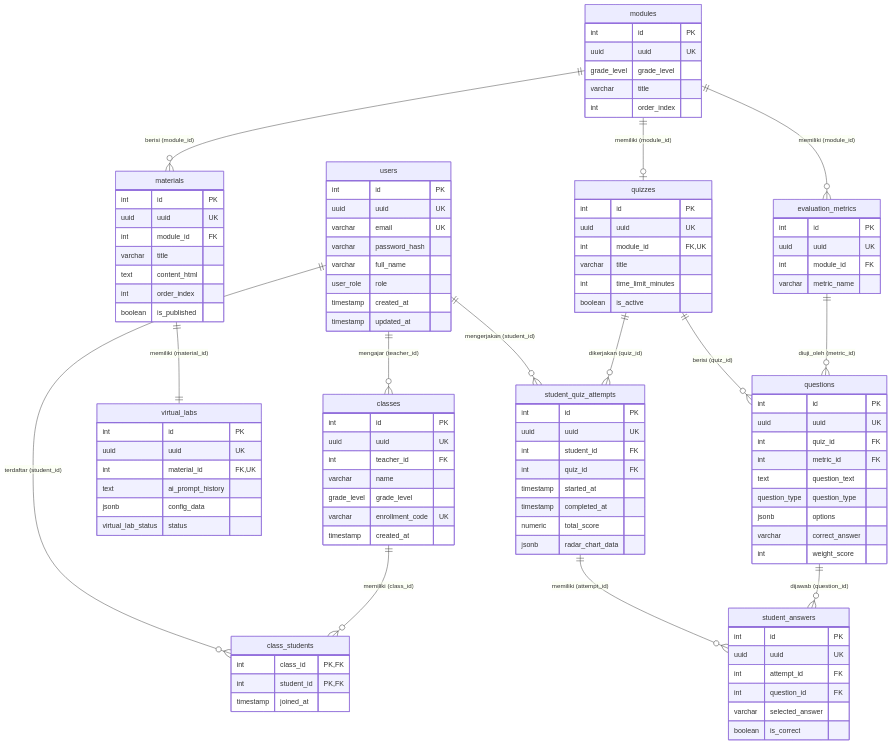
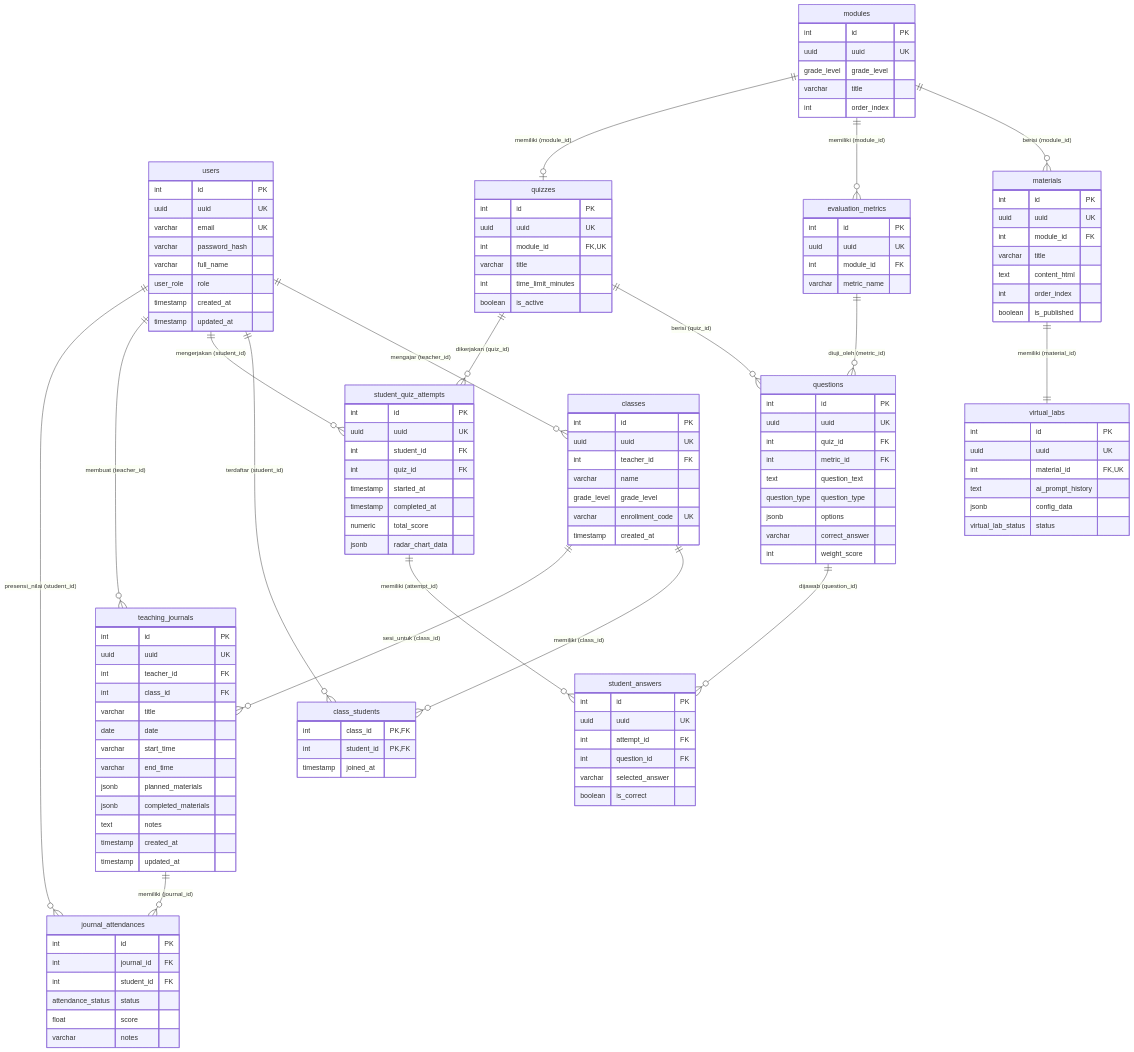
One commit to handole/chemistfun changed the diagram in docs/database_schema.md. Above: the diagram before and after it, drawn with Mermaid. The commit also changed other lines of this file and 14 other files, not shown here.

````diff
--- a/docs/database_schema.md
+++ b/docs/database_schema.md
@@ -25,6 +25,10 @@
     quizzes ||--o{ student_quiz_attempts : "dikerjakan (quiz_id)"
     student_quiz_attempts ||--o{ student_answers : "memiliki (attempt_id)"
     questions ||--o{ student_answers : "dijawab (question_id)"
+    users ||--o{ teaching_journals : "membuat (teacher_id)"
+    classes ||--o{ teaching_journals : "sesi_untuk (class_id)"
+    teaching_journals ||--o{ journal_attendances : "memiliki (journal_id)"
+    users ||--o{ journal_attendances : "presensi_nilai (student_id)"
 
     users {
         int id PK
@@ -127,4 +131,29 @@
         varchar selected_answer
         boolean is_correct
     }
+
+    teaching_journals {
+        int id PK
+        uuid uuid UK
+        int teacher_id FK
+        int class_id FK
+        varchar title
+        date date
+        varchar start_time
+        varchar end_time
+        jsonb planned_materials
+        jsonb completed_materials
+        text notes
+        timestamp created_at
+        timestamp updated_at
+    }
+
+    journal_attendances {
+        int id PK
+        int journal_id FK
+        int student_id FK
+        attendance_status status
+        float score
+        varchar notes
+    }
 ```
````
